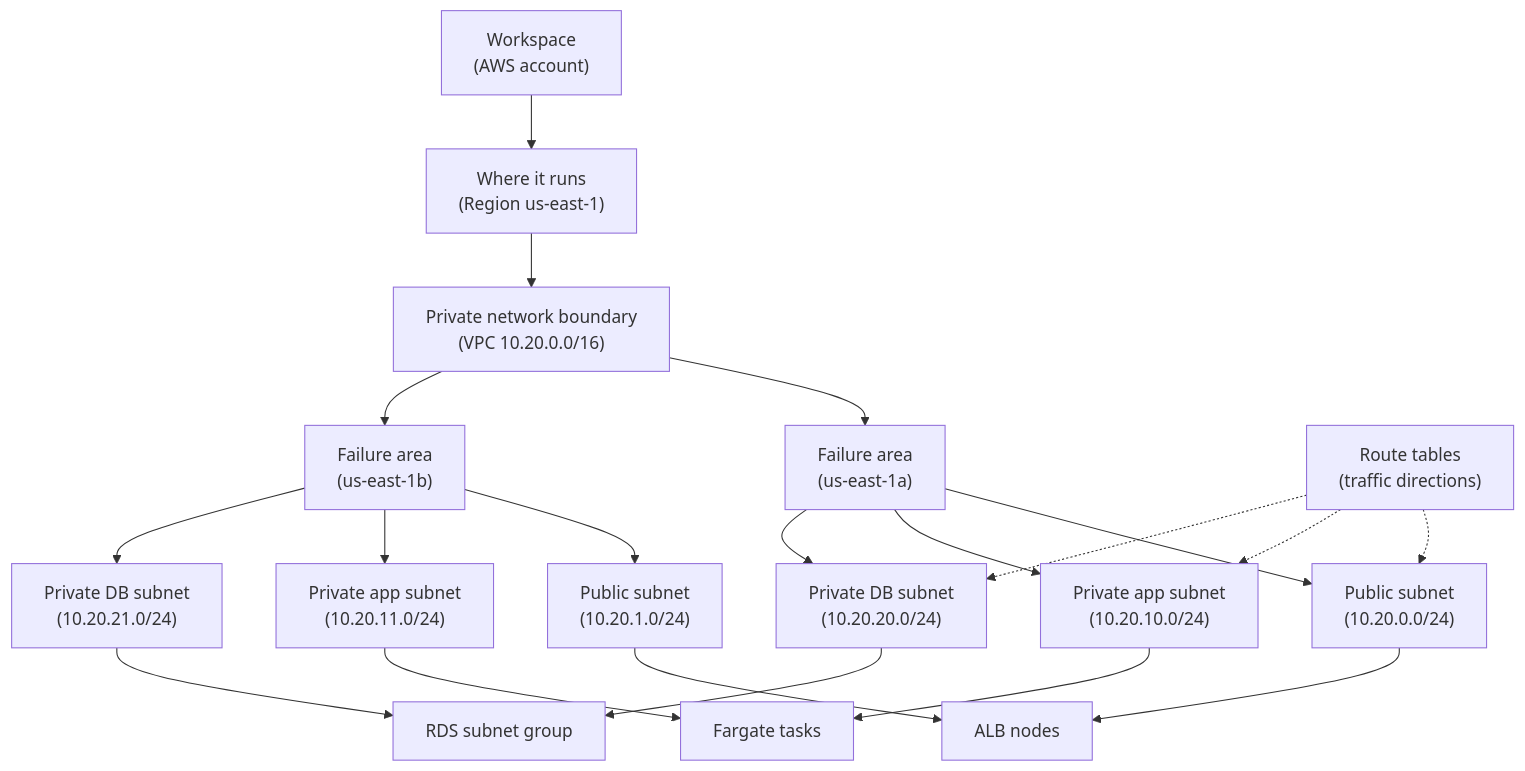
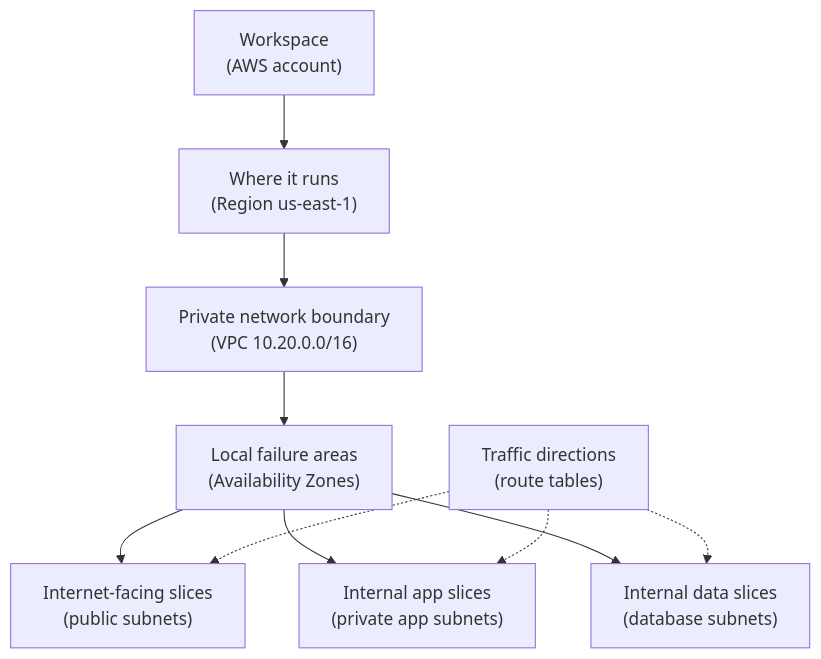
One commit to senlinyy/dev-roadmaps changed the diagram in cloud-providers/aws/networking-connectivity/vpcs-subnets-and-route-tables.md. Above: the diagram before and after it, drawn with Mermaid. The commit also changed other lines of this file and 89 other files, not shown here.

````diff
--- a/cloud-providers/aws/networking-connectivity/vpcs-subnets-and-route-tables.md
+++ b/cloud-providers/aws/networking-connectivity/vpcs-subnets-and-route-tables.md
@@ -65,38 +66,21 @@
 ```mermaid
 flowchart TD
     ACCOUNT["Workspace<br/>(AWS account)"]
     REGION["Where it runs<br/>(Region us-east-1)"]
     VPC["Private network boundary<br/>(VPC 10.20.0.0/16)"]
-    AZA["Failure area<br/>(us-east-1a)"]
-    AZB["Failure area<br/>(us-east-1b)"]
-    PUBA["Public subnet<br/>(10.20.0.0/24)"]
-    PUBB["Public subnet<br/>(10.20.1.0/24)"]
-    APPA["Private app subnet<br/>(10.20.10.0/24)"]
-    APPB["Private app subnet<br/>(10.20.11.0/24)"]
-    DBA["Private DB subnet<br/>(10.20.20.0/24)"]
-    DBB["Private DB subnet<br/>(10.20.21.0/24)"]
-    ALB["ALB nodes"]
-    ECS["Fargate tasks"]
-    RDS["RDS subnet group"]
-    RT["Route tables<br/>(traffic directions)"]
+    AZS["Local failure areas<br/>(Availability Zones)"]
+    PUBLIC["Internet-facing slices<br/>(public subnets)"]
+    APP["Internal app slices<br/>(private app subnets)"]
+    DATA["Internal data slices<br/>(database subnets)"]
+    RT["Traffic directions<br/>(route tables)"]
 
     ACCOUNT --> REGION
     REGION --> VPC
-    VPC --> AZA
-    VPC --> AZB
-    AZA --> PUBA
-    AZB --> PUBB
-    AZA --> APPA
-    AZB --> APPB
-    AZA --> DBA
-    AZB --> DBB
-    PUBA --> ALB
-    PUBB --> ALB
-    APPA --> ECS
-    APPB --> ECS
-    DBA --> RDS
-    DBB --> RDS
-    RT -.-> PUBA
-    RT -.-> APPA
-    RT -.-> DBA
+    VPC --> AZS
+    AZS --> PUBLIC
+    AZS --> APP
+    AZS --> DATA
+    RT -.-> PUBLIC
+    RT -.-> APP
+    RT -.-> DATA
 ```
````
